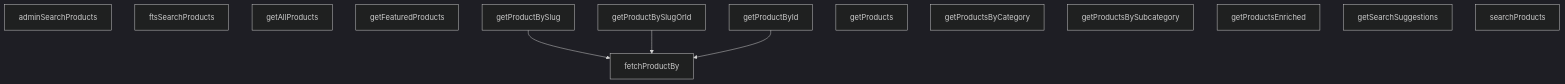
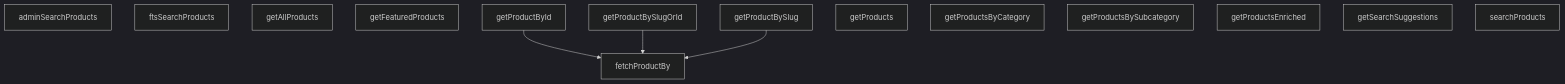
One commit to peckop/venthub-hvac-esite changed the diagram in src/lib/services/product.service.md. Above: the diagram before and after it, drawn with Mermaid (dark theme). The commit also changed other lines of this file and 63 other files, not shown here.

````diff
--- a/src/lib/services/product.service.md
+++ b/src/lib/services/product.service.md
@@ -286,20 +336,20 @@
 ```mermaid
 graph TD
     product_service_ts__adminSearchProducts["adminSearchProducts"]
     product_service_ts__fetchProductBy["fetchProductBy"]
     product_service_ts__ftsSearchProducts["ftsSearchProducts"]
     product_service_ts__getAllProducts["getAllProducts"]
     product_service_ts__getFeaturedProducts["getFeaturedProducts"]
     product_service_ts__getProductById["getProductById"]
     product_service_ts__getProductBySlug["getProductBySlug"]
     product_service_ts__getProductBySlugOrId["getProductBySlugOrId"]
     product_service_ts__getProducts["getProducts"]
     product_service_ts__getProductsByCategory["getProductsByCategory"]
     product_service_ts__getProductsBySubcategory["getProductsBySubcategory"]
     product_service_ts__getProductsEnriched["getProductsEnriched"]
     product_service_ts__getSearchSuggestions["getSearchSuggestions"]
     product_service_ts__searchProducts["searchProducts"]
+    product_service_ts__getProductById --> product_service_ts__fetchProductBy
+    product_service_ts__getProductBySlugOrId --> product_service_ts__fetchProductBy
     product_service_ts__getProductBySlug --> product_service_ts__fetchProductBy
-    product_service_ts__getProductBySlugOrId --> product_service_ts__fetchProductBy
-    product_service_ts__getProductById --> product_service_ts__fetchProductBy
 ```
````
